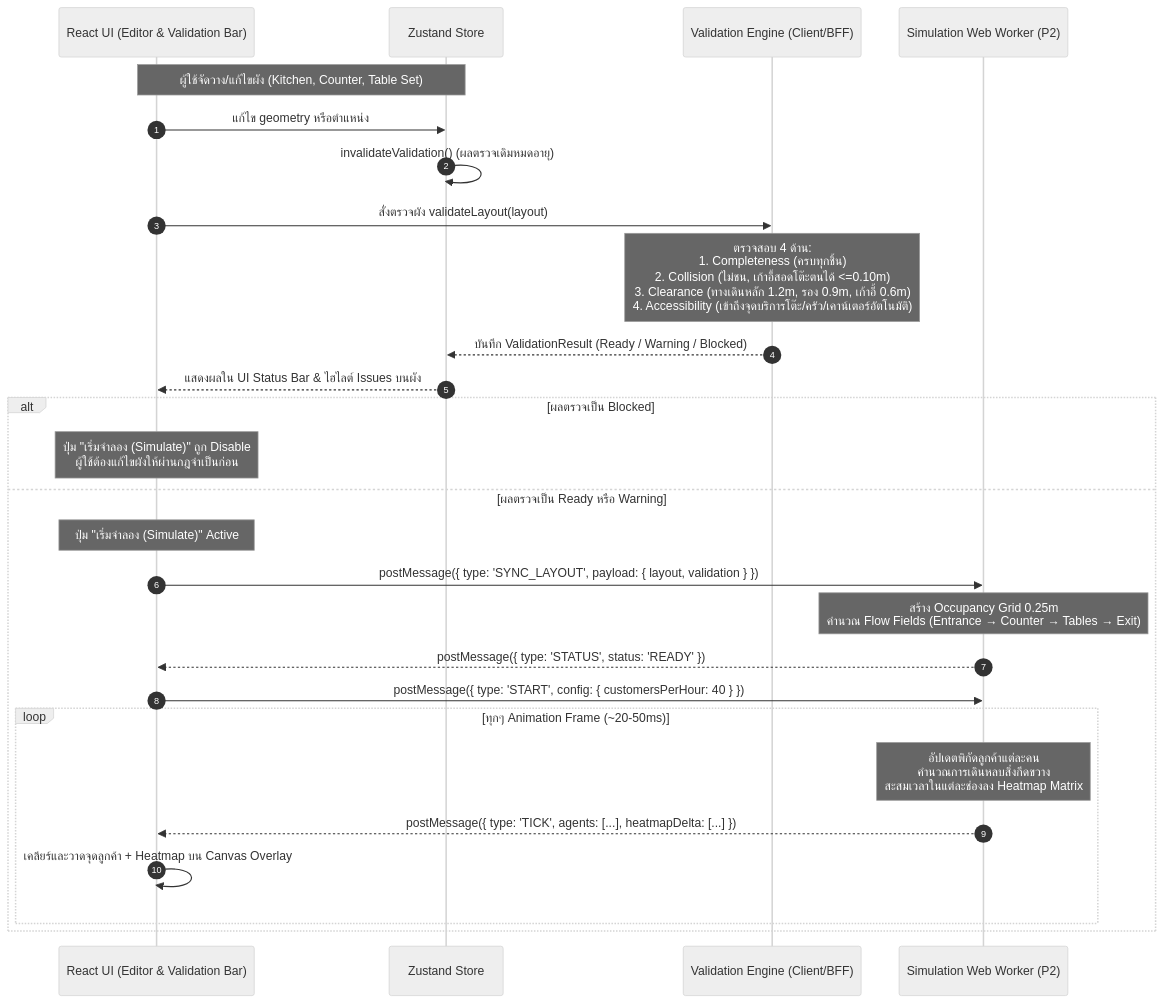
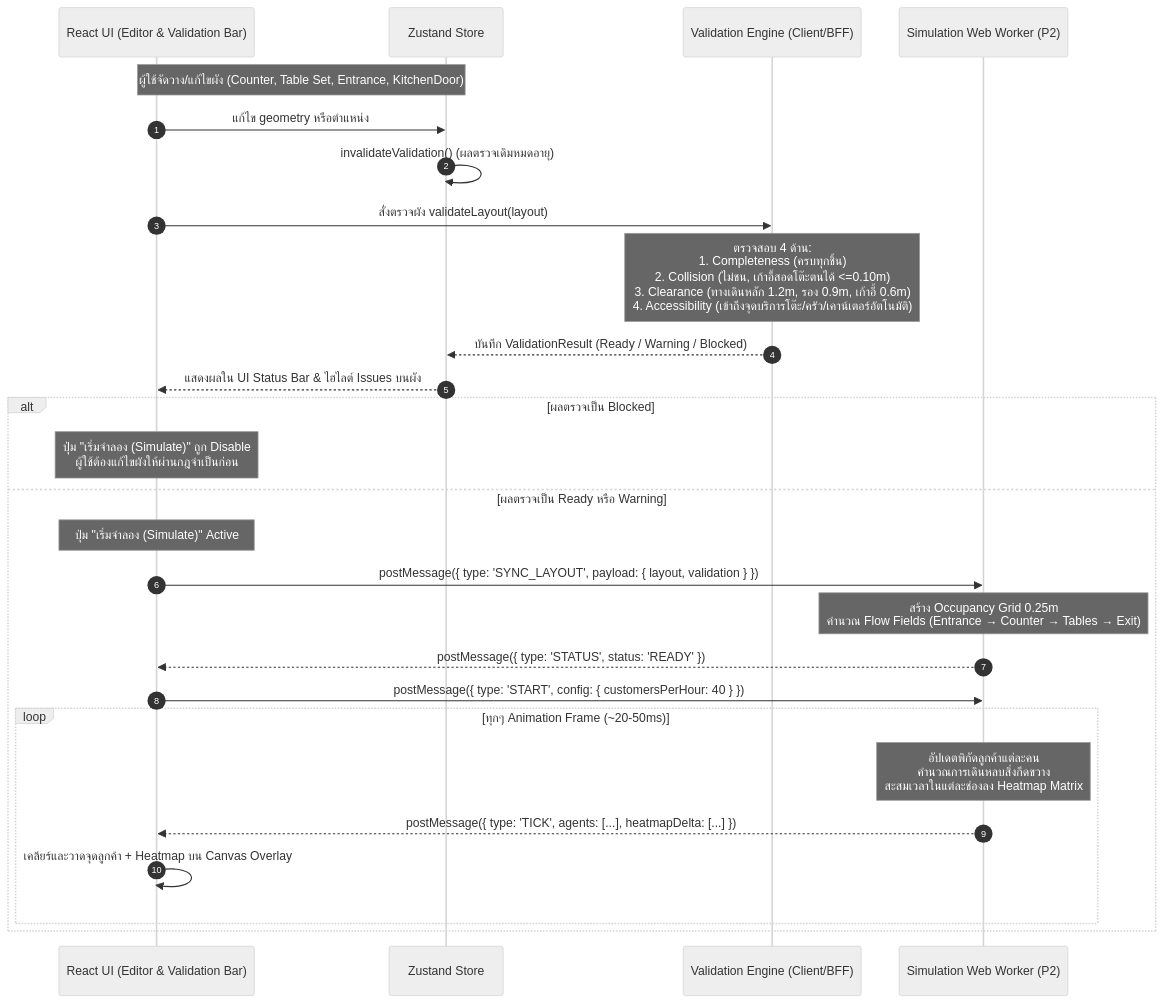
One commit to bosskantaponguttarawichien-boop/wang-raan changed the second of 2 diagrams in architecture.md. Above: the diagram before and after it, drawn with Mermaid (neutral theme). The commit also changed other lines of this file and 84 other files, not shown here.

First line of the commit message:
feat: kitchen door on wall, counter styles, seated mannequin, view rotation

````diff
--- a/architecture.md
+++ b/architecture.md
@@ -286,33 +286,33 @@
 ```mermaid
 sequenceDiagram
     autonumber
     participant UI as React UI (Editor & Validation Bar)
     participant Store as Zustand Store
     participant ValEngine as Validation Engine (Client/BFF)
     participant Worker as Simulation Web Worker (P2)
     
-    Note over UI, Store: ผู้ใช้จัดวาง/แก้ไขผัง (Kitchen, Counter, Table Set)
+    Note over UI, Store: ผู้ใช้จัดวาง/แก้ไขผัง (Counter, Table Set, Entrance, KitchenDoor)
     UI->>Store: แก้ไข geometry หรือตำแหน่ง
     Store->>Store: invalidateValidation() (ผลตรวจเดิมหมดอายุ)
     
     UI->>ValEngine: สั่งตรวจผัง validateLayout(layout)
     Note over ValEngine: ตรวจสอบ 4 ด้าน:<br/>1. Completeness (ครบทุกชิ้น)<br/>2. Collision (ไม่ชน, เก้าอี้สอดโต๊ะตนได้ <=0.10m)<br/>3. Clearance (ทางเดินหลัก 1.2m, รอง 0.9m, เก้าอี้ 0.6m)<br/>4. Accessibility (เข้าถึงจุดบริการโต๊ะ/ครัว/เคาน์เตอร์อัตโนมัติ)
     ValEngine-->>Store: บันทึก ValidationResult (Ready / Warning / Blocked)
     Store-->>UI: แสดงผลใน UI Status Bar & ไฮไลต์ Issues บนผัง
 
     alt ผลตรวจเป็น Blocked
         Note over UI: ปุ่ม "เริ่มจำลอง (Simulate)" ถูก Disable<br/>ผู้ใช้ต้องแก้ไขผังให้ผ่านกฎจำเป็นก่อน
     else ผลตรวจเป็น Ready หรือ Warning
         Note over UI: ปุ่ม "เริ่มจำลอง (Simulate)" Active
         UI->>Worker: postMessage({ type: 'SYNC_LAYOUT', payload: { layout, validation } })
         Note over Worker: สร้าง Occupancy Grid 0.25m<br/>คำนวณ Flow Fields (Entrance → Counter → Tables → Exit)
         Worker-->>UI: postMessage({ type: 'STATUS', status: 'READY' })
         
         UI->>Worker: postMessage({ type: 'START', config: { customersPerHour: 40 } })
         loop ทุกๆ Animation Frame (~20-50ms)
             Note over Worker: อัปเดตพิกัดลูกค้าแต่ละคน<br/>คำนวณการเดินหลบสิ่งกีดขวาง<br/>สะสมเวลาในแต่ละช่องลง Heatmap Matrix
             Worker-->>UI: postMessage({ type: 'TICK', agents: [...], heatmapDelta: [...] })
             UI->>UI: เคลียร์และวาดจุดลูกค้า + Heatmap บน Canvas Overlay
         end
     end
 ```
````
